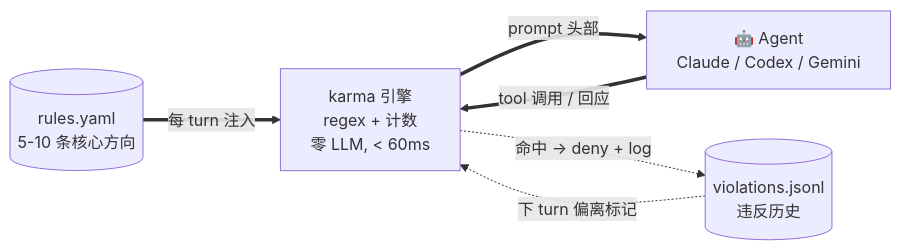
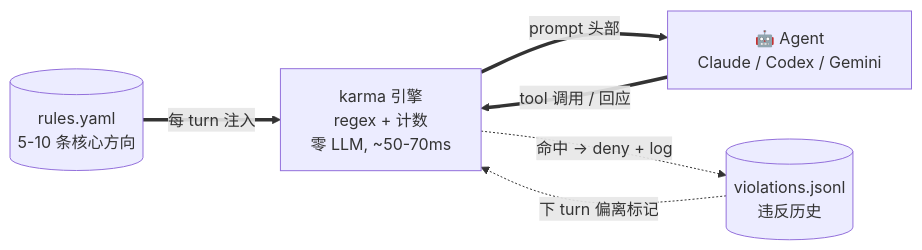
One commit to jhaizhou-ops/pinrule changed the first of 2 diagrams in README.zh.md. Above: the diagram before and after it, drawn with Mermaid. The commit also changed other lines of this file and 1 other file, not shown here.

````diff
--- a/README.zh.md
+++ b/README.zh.md
@@ -259,13 +259,13 @@
 ```mermaid
 flowchart LR
     R[(rules.yaml<br/>5-10 条核心方向)]
-    K[karma 引擎<br/>regex + 计数<br/>零 LLM, < 60ms]
+    K[karma 引擎<br/>regex + 计数<br/>零 LLM, ~50-70ms]
     A[🤖 Agent<br/>Claude / Codex / Gemini]
     V[(violations.jsonl<br/>违反历史)]
 
     R ==>|每 turn 注入| K
     K ==>|prompt 头部| A
     A ==>|tool 调用 / 回应| K
     K -.->|命中 → deny + log| V
     V -.->|下 turn 偏离标记| K
 ```
````
